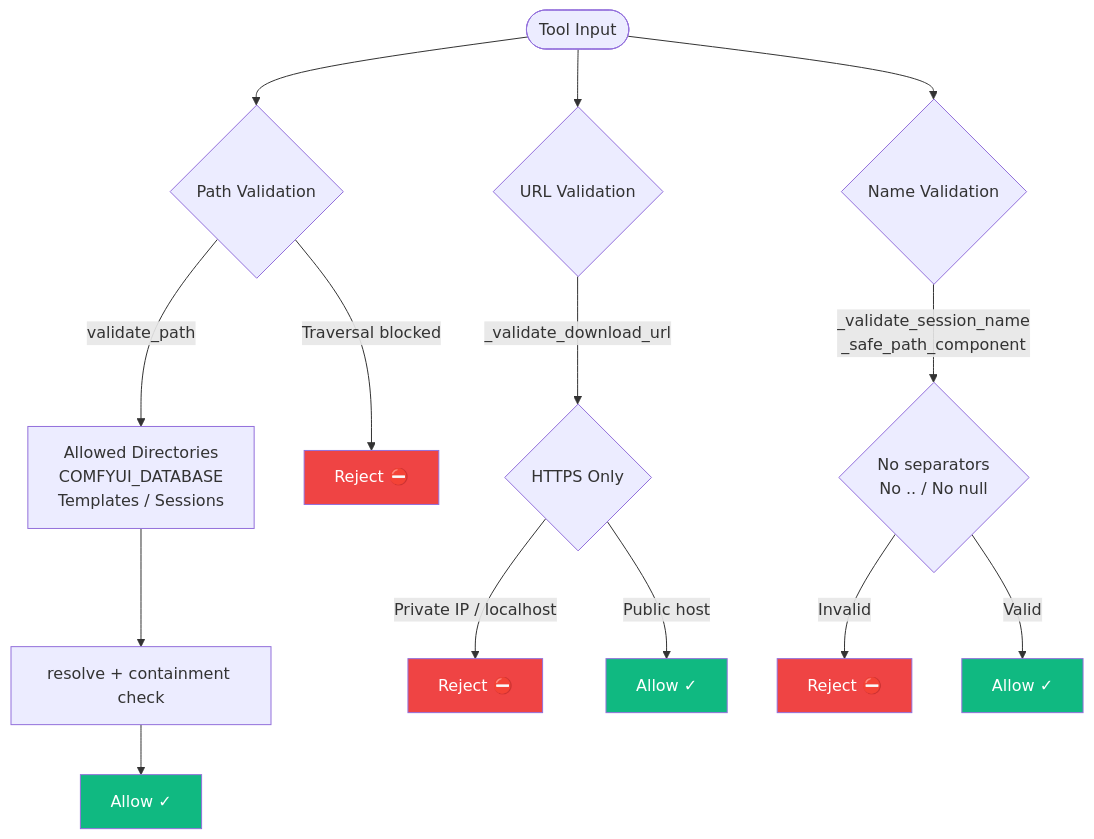
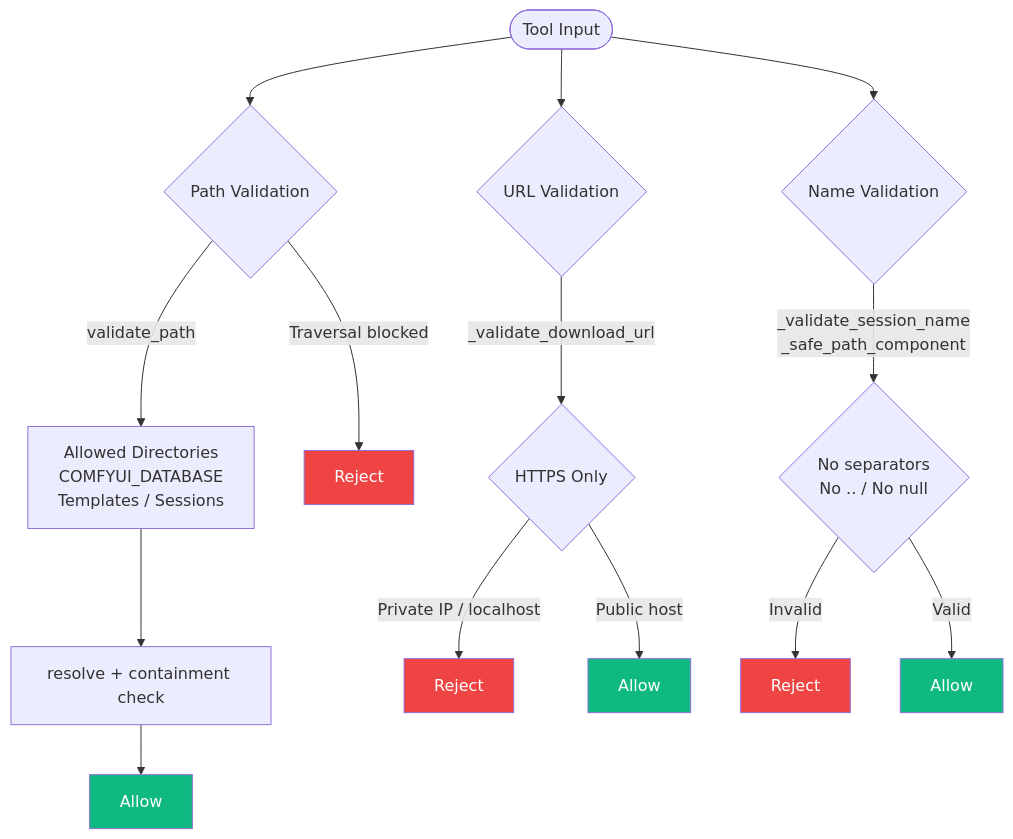
The ninth of 9 diagrams in README.md (JosephOIbrahim/Comfy-Cozy), drawn with Mermaid before and after one commit. The commit also changed other lines of this file, not shown here.

First line of the commit message:
Update README — cognitive architecture, Mermaid diagrams, 2350+ tests

````diff
--- a/README.md
+++ b/README.md
@@ -230,27 +446,27 @@
 ```mermaid
 flowchart TB
     Input([Tool Input]) --> PathVal{Path Validation}
     Input --> URLVal{URL Validation}
     Input --> NameVal{Name Validation}
 
     PathVal -->|validate_path| SafeDirs[Allowed Directories<br/>COMFYUI_DATABASE<br/>Templates / Sessions]
-    PathVal -->|Traversal blocked| Reject1[Reject ⛔]
+    PathVal -->|Traversal blocked| Reject1[Reject]
 
     URLVal -->|_validate_download_url| HTTPS{HTTPS Only}
-    HTTPS -->|Private IP / localhost| Reject2[Reject ⛔]
-    HTTPS -->|Public host| Allow1[Allow ✓]
+    HTTPS -->|Private IP / localhost| Reject2[Reject]
+    HTTPS -->|Public host| Allow1[Allow]
 
     NameVal -->|_validate_session_name<br/>_safe_path_component| Clean{No separators<br/>No .. / No null}
-    Clean -->|Invalid| Reject3[Reject ⛔]
-    Clean -->|Valid| Allow2[Allow ✓]
+    Clean -->|Invalid| Reject3[Reject]
+    Clean -->|Valid| Allow2[Allow]
 
     SafeDirs --> Resolve[resolve + containment check]
-    Resolve --> Allow3[Allow ✓]
+    Resolve --> Allow3[Allow]
 
     style Reject1 fill:#ef4444,color:#fff
     style Reject2 fill:#ef4444,color:#fff
     style Reject3 fill:#ef4444,color:#fff
     style Allow1 fill:#10b981,color:#fff
     style Allow2 fill:#10b981,color:#fff
     style Allow3 fill:#10b981,color:#fff
 ```
````
